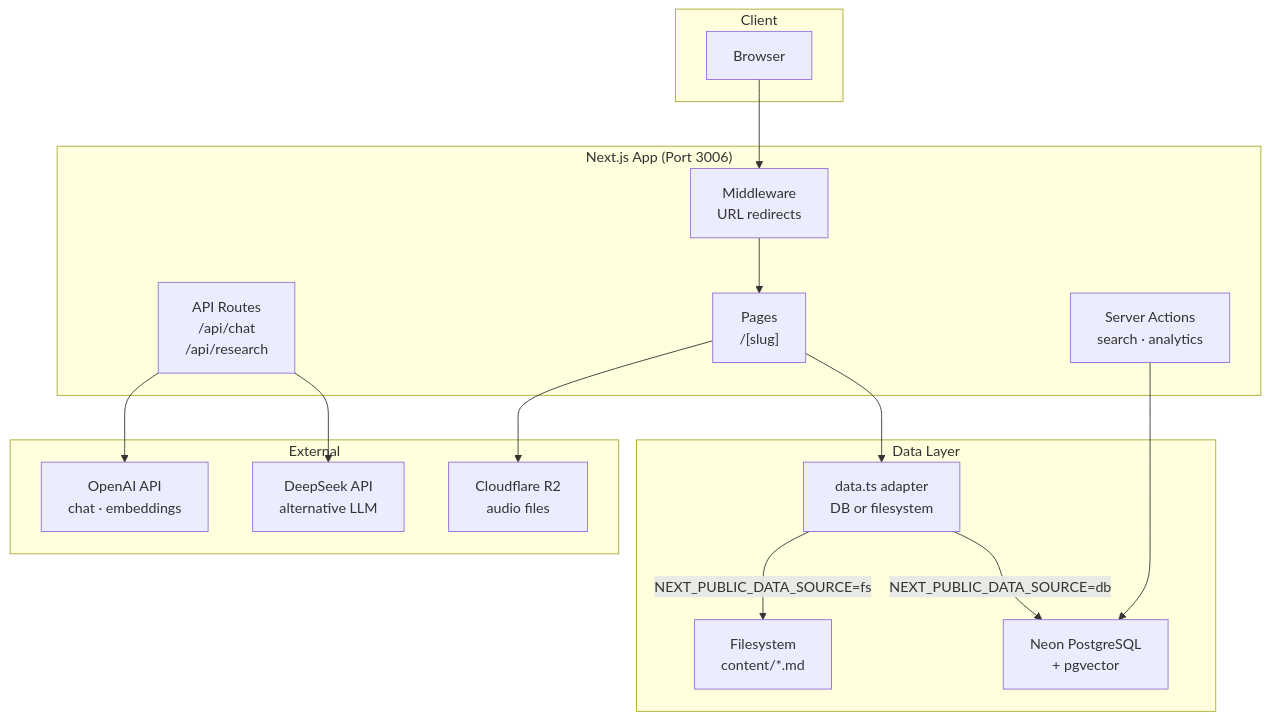
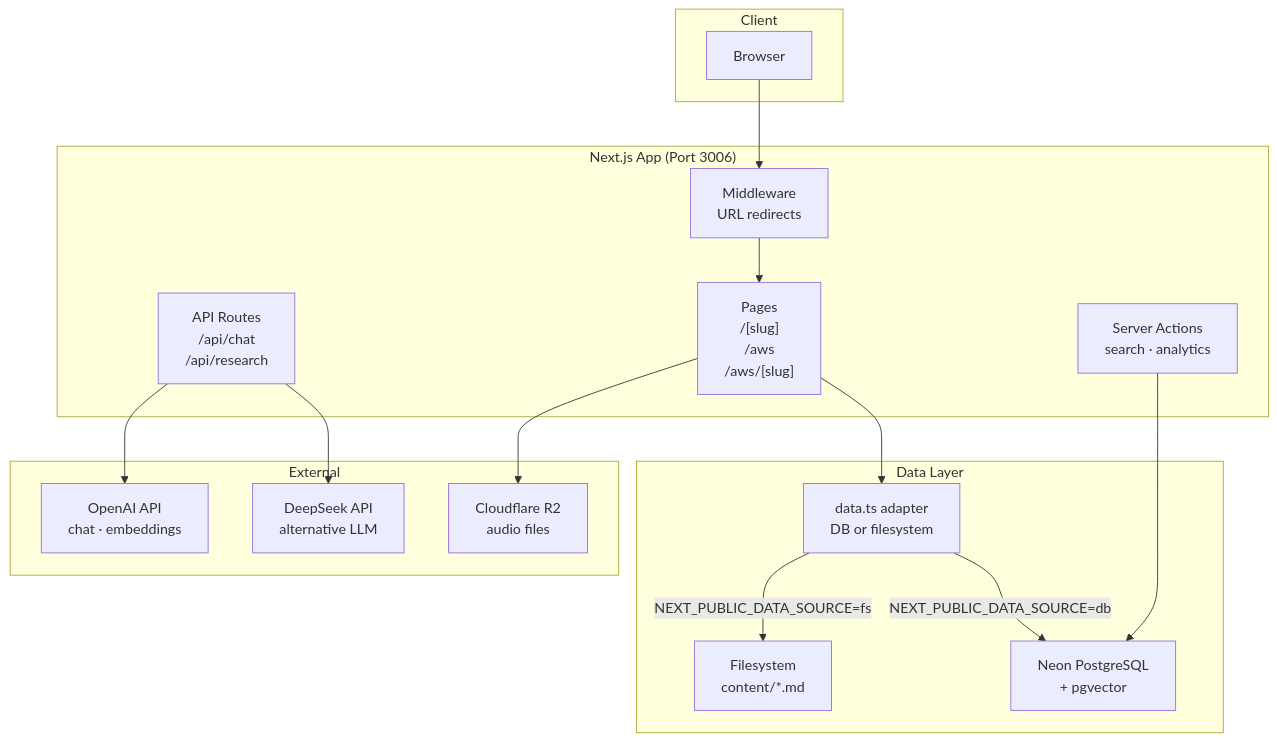
One commit to v9ai/ai-apps changed the first of 11 diagrams in apps/knowledge/README.md. Above: the diagram before and after it, drawn with Mermaid. The commit also changed 17 other files, not shown here.

````diff
--- a/apps/knowledge/README.md
+++ b/apps/knowledge/README.md
@@ -17,35 +17,35 @@
 ```mermaid
 graph TD
     subgraph Client
         Browser["Browser"]
     end
 
     subgraph Next.js["Next.js App (Port 3006)"]
-        Pages["Pages\n/[slug]"]
+        Pages["Pages\n/[slug]\n/aws\n/aws/[slug]"]
         API["API Routes\n/api/chat\n/api/research"]
         SA["Server Actions\nsearch · analytics"]
         MW["Middleware\nURL redirects"]
     end
 
     subgraph Data["Data Layer"]
         Adapter["data.ts adapter\nDB or filesystem"]
         FS["Filesystem\ncontent/*.md"]
         DB["Neon PostgreSQL\n+ pgvector"]
     end
 
     subgraph External
         OpenAI["OpenAI API\nchat · embeddings"]
         DeepSeek["DeepSeek API\nalternative LLM"]
         R2["Cloudflare R2\naudio files"]
     end
 
     Browser --> MW
     MW --> Pages
     Pages --> Adapter
     SA --> DB
     API --> OpenAI
     API --> DeepSeek
     Adapter -->|NEXT_PUBLIC_DATA_SOURCE=db| DB
     Adapter -->|NEXT_PUBLIC_DATA_SOURCE=fs| FS
     Pages --> R2
 ```
````
